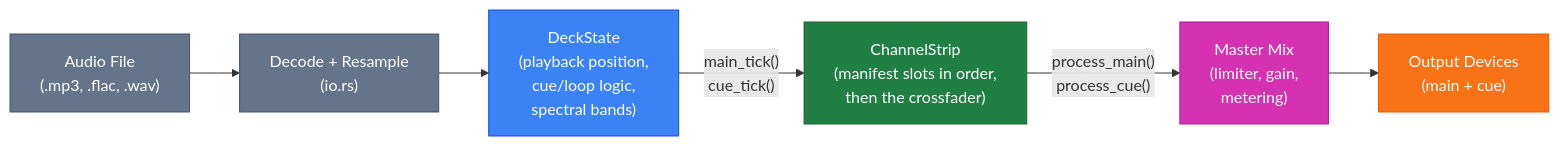
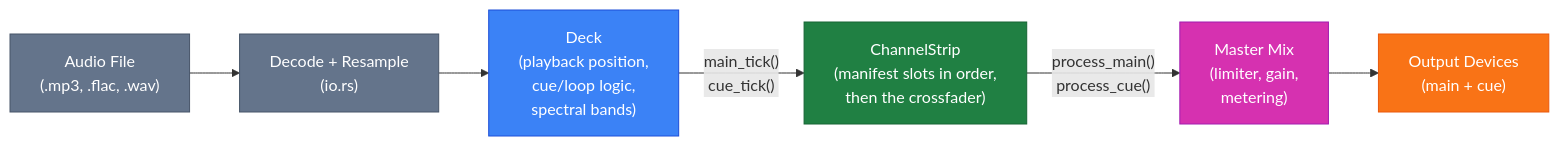
The second of 6 diagrams in architecture.md (berrutti/beatmatcher), drawn with Mermaid before and after one commit. The commit also changed other lines of this file and 158 other files, not shown here.

First line of the commit message:
chore: Architecture cleanups (#90)

````diff
--- a/architecture.md
+++ b/architecture.md
@@ -41,21 +54,21 @@
 ```mermaid
 graph LR
     classDef io fill:#64748b,stroke:#475569,color:#fff
     classDef deck fill:#3b82f6,stroke:#1d4ed8,color:#fff
     classDef strip fill:#208043,stroke:#166534,color:#fff
     classDef master fill:#d631b0,stroke:#a21caf,color:#fff
     classDef out fill:#f97316,stroke:#ea580c,color:#fff
 
     File["Audio File\n(.mp3, .flac, .wav)"]:::io
     Decode["Decode + Resample\n(io.rs)"]:::io
-    DeckState["DeckState\n(playback position,\ncue/loop logic,\nspectral bands)"]:::deck
+    Deck["Deck\n(playback position,\ncue/loop logic,\nspectral bands)"]:::deck
     ChannelStrip["ChannelStrip\n(manifest slots in order,\nthen the crossfader)"]:::strip
     MasterMix["Master Mix\n(limiter, gain,\nmetering)"]:::master
     Outputs["Output Devices\n(main + cue)"]:::out
 
     File --> Decode
-    Decode --> DeckState
-    DeckState -- "main_tick()\ncue_tick()" --> ChannelStrip
+    Decode --> Deck
+    Deck -- "main_tick()\ncue_tick()" --> ChannelStrip
     ChannelStrip -- "process_main()\nprocess_cue()" --> MasterMix
     MasterMix --> Outputs
 ```
````
